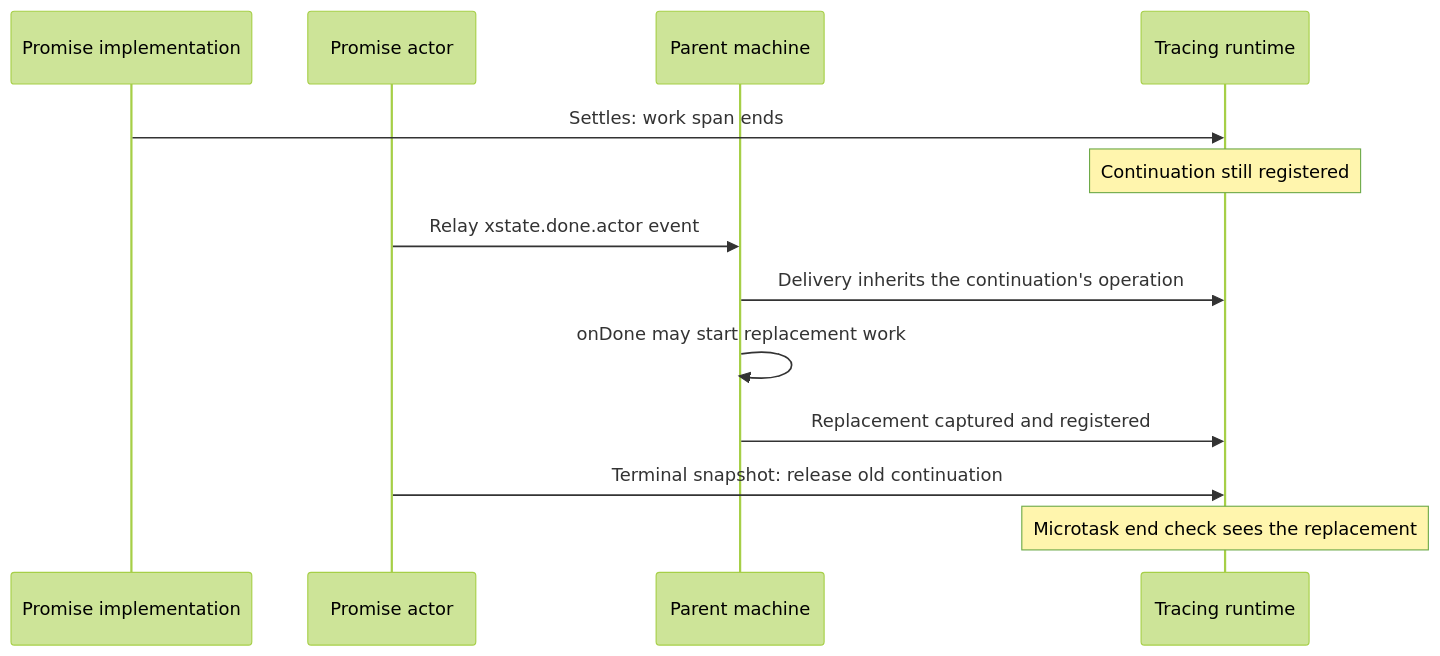
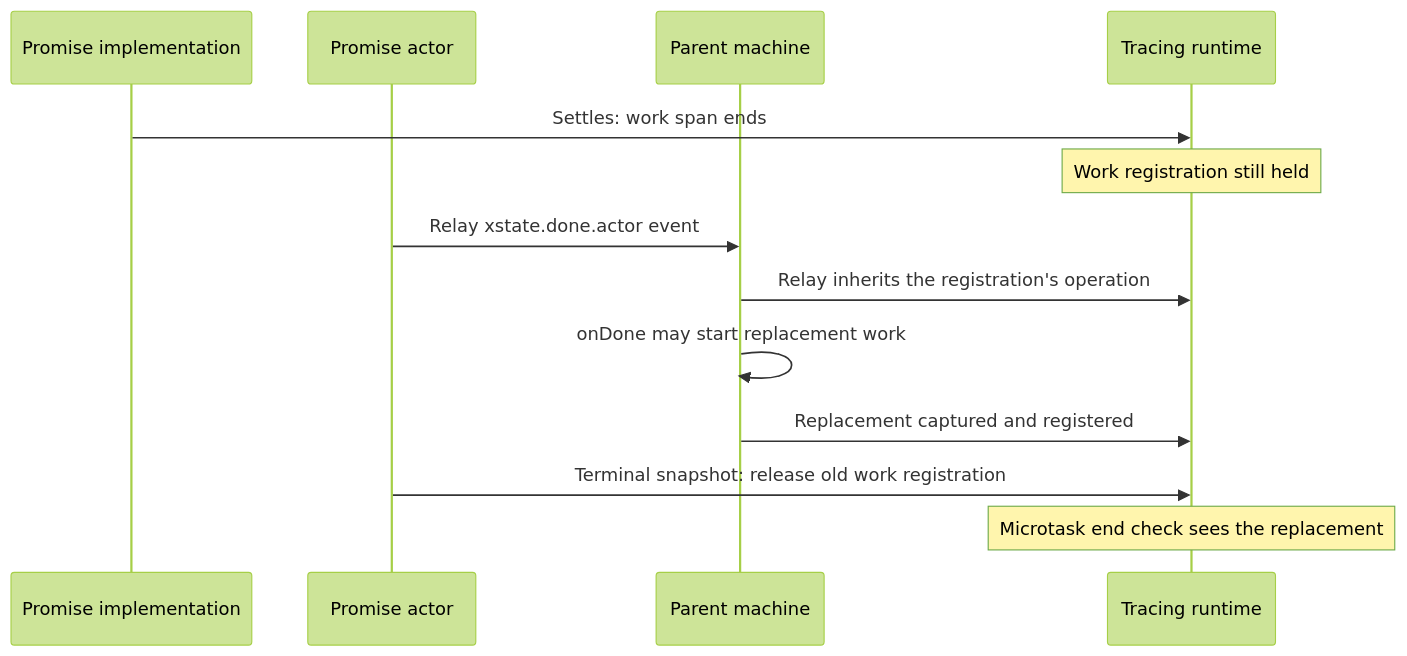
One commit to c0m1t/actorium changed the diagram in docs/xstate-otel/explanation/inspection-and-ordering.md. Above: the diagram before and after it, drawn with Mermaid (forest theme). The commit also changed other lines of this file and 70 other files, not shown here.

````diff
--- a/docs/xstate-otel/explanation/inspection-and-ordering.md
+++ b/docs/xstate-otel/explanation/inspection-and-ordering.md
@@ -62,15 +64,15 @@
 ```mermaid
 sequenceDiagram
   participant W as Promise implementation
   participant C as Promise actor
   participant P as Parent machine
   participant T as Tracing runtime
   W->>T: Settles: work span ends
-  Note over T: Continuation still registered
+  Note over T: Work registration still held
   C->>P: Relay xstate.done.actor event
-  P->>T: Delivery inherits the continuation's operation
+  P->>T: Relay inherits the registration's operation
   P->>P: onDone may start replacement work
   P->>T: Replacement captured and registered
-  C->>T: Terminal snapshot: release old continuation
+  C->>T: Terminal snapshot: release old work registration
   Note over T: Microtask end check sees the replacement
 ```
````
